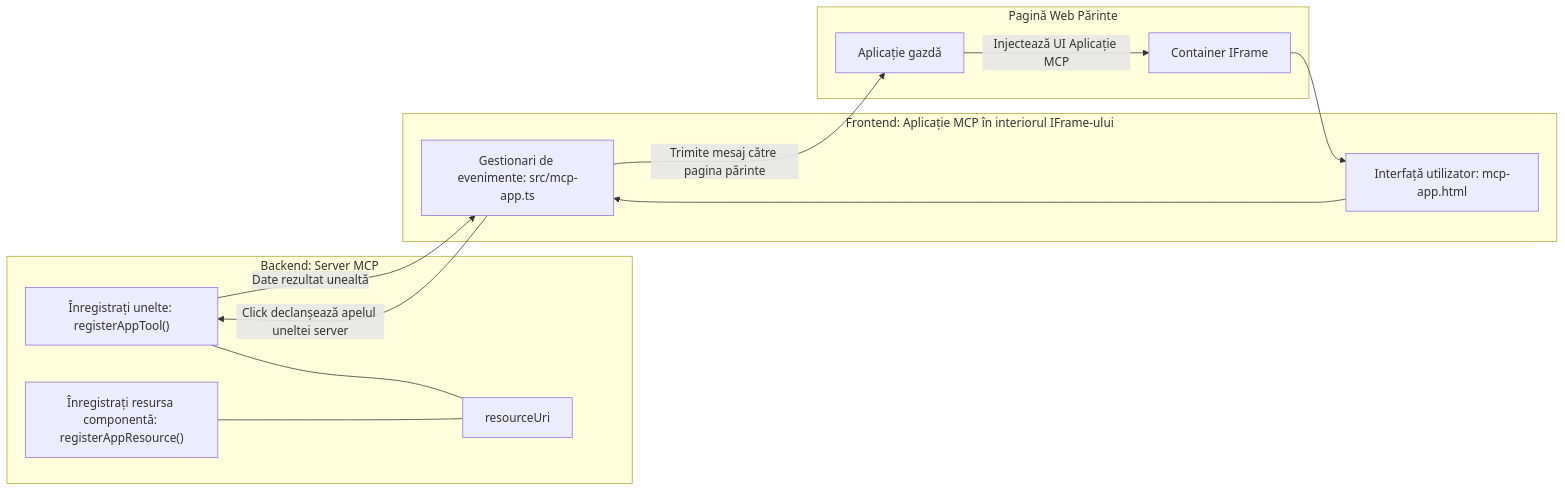
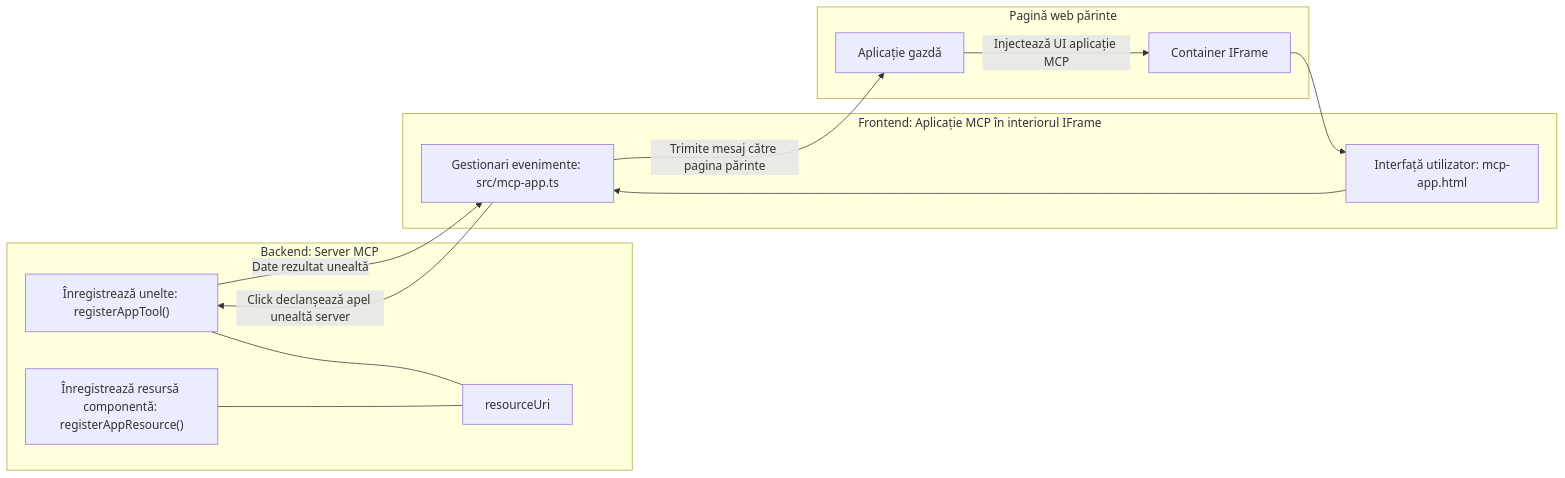
Before and after one commit to HIDORAKAI002/ai-workspace-archive: the diagram in mcp_ecosystem__model_context_protocol/mcp_learning_resources/mcp-for-beginners/translations/ro/03-GettingStarted/15-mcp-apps/README.md, drawn with Mermaid. The commit also changed other lines of this file and 1160 other files, not shown here.

````diff
--- a/mcp_ecosystem__model_context_protocol/mcp_learning_resources/mcp-for-beginners/translations/ro/03-GettingStarted/15-mcp-apps/README.md
+++ b/mcp_ecosystem__model_context_protocol/mcp_learning_resources/mcp-for-beginners/translations/ro/03-GettingStarted/15-mcp-apps/README.md
@@ -32,27 +32,27 @@
 ```mermaid
 flowchart LR
   subgraph Backend[Backend: Server MCP]
-    T["Înregistrați unelte: registerAppTool()"]
-    C["Înregistrați resursa componentă: registerAppResource()"]
+    T["Înregistrează unelte: registerAppTool()"]
+    C["Înregistrează resursă componentă: registerAppResource()"]
     U[resourceUri]
     T --- U
     C --- U
   end
 
-  subgraph Parent[Pagină Web Părinte]
+  subgraph Parent[Pagină web părinte]
     H[Aplicație gazdă]
     IFRAME[Container IFrame]
-    H -->|Injectează UI Aplicație MCP| IFRAME
+    H -->|Injectează UI aplicație MCP| IFRAME
   end
 
-  subgraph Frontend[Frontend: Aplicație MCP în interiorul IFrame-ului]
+  subgraph Frontend[Frontend: Aplicație MCP în interiorul IFrame]
     UI["Interfață utilizator: mcp-app.html"]
-    EH["Gestionari de evenimente: src/mcp-app.ts"]
+    EH["Gestionari evenimente: src/mcp-app.ts"]
     UI --> EH
   end
 
   IFRAME --> UI
-  EH -->|Click declanșează apelul uneltei server| T
+  EH -->|Click declanșează apel unealtă server| T
   T -->|Date rezultat unealtă| EH
   EH -->|Trimite mesaj către pagina părinte| H
-```
+```  
````
